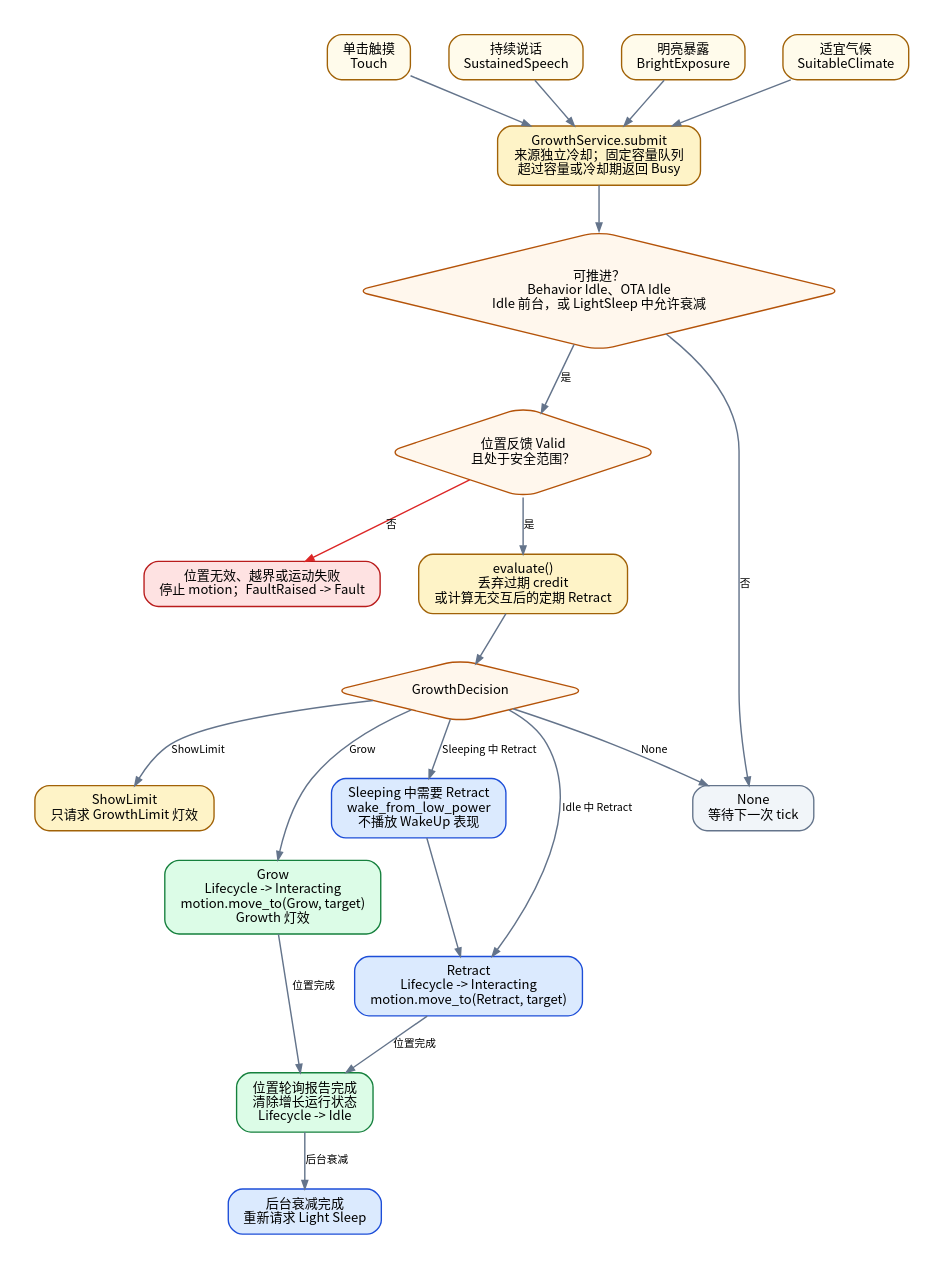
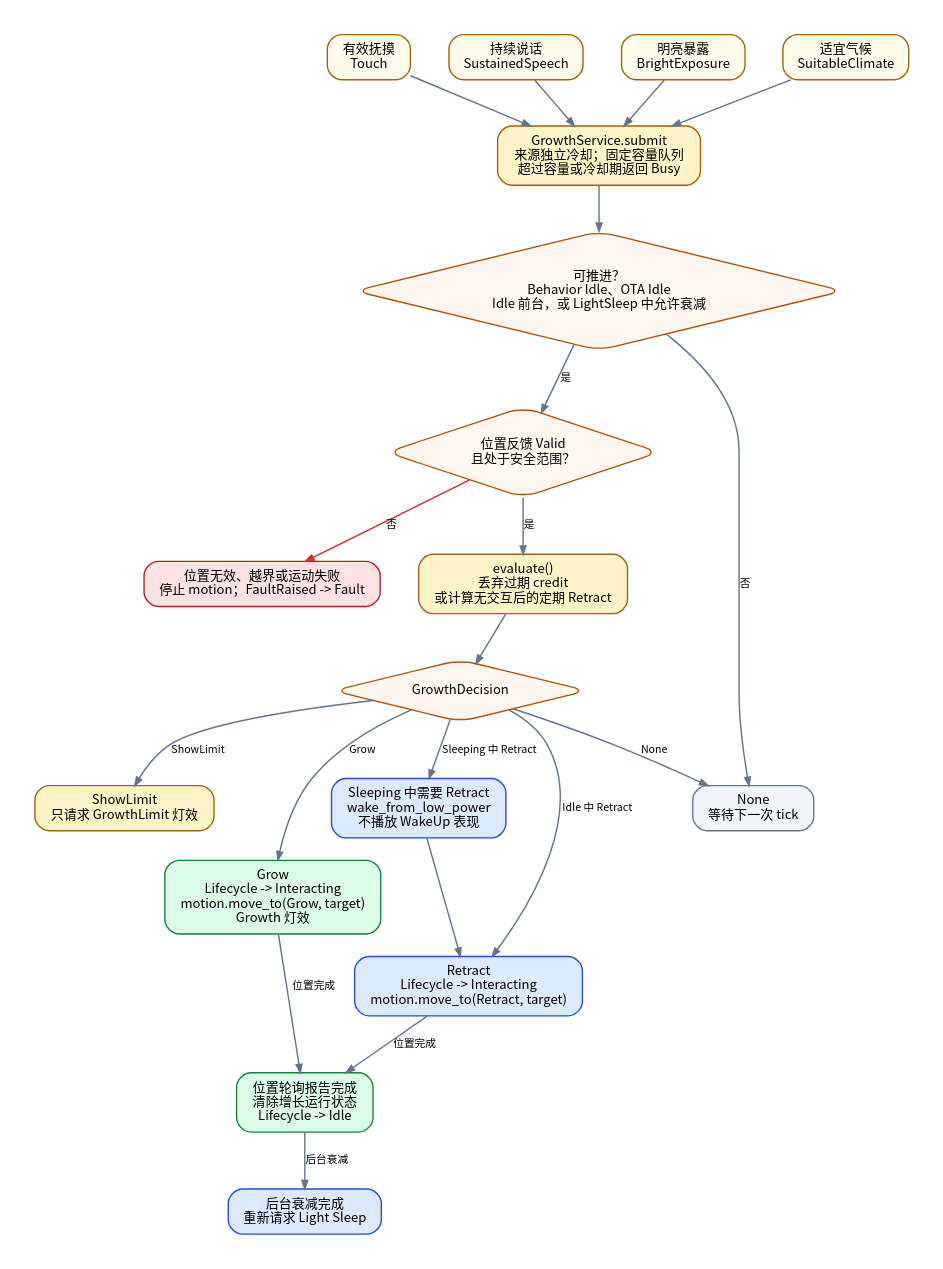
Before and after one commit to sunxun1017/plant_project: the diagram in 00_docs/architecture/plant_v2_growth_flow.dot, drawn with Graphviz. The commit also changed 37 other files, not shown here.

```diff
--- a/00_docs/architecture/plant_v2_growth_flow.dot
+++ b/00_docs/architecture/plant_v2_growth_flow.dot
@@ -1,50 +1,50 @@
 digraph PlantV2GrowthFlow {
     graph [rankdir=TB, bgcolor="white", pad=0.3, nodesep=0.45, ranksep=0.52, fontname="Noto Sans CJK SC"];
     node [shape=box, style="rounded,filled", color="#A16207", penwidth=1.15, margin="0.16,0.10", fontname="Noto Sans CJK SC", fontsize=11];
     edge [color="#64748B", penwidth=1.2, arrowsize=0.7, fontname="Noto Sans CJK SC", fontsize=9];
 
     subgraph cluster_sources {
         label="奖励来源";
         color="#FDE68A";
         style="rounded";
-        touch [label="单击触摸\nTouch", fillcolor="#FFFBEB"];
+        touch [label="有效抚摸\nTouch", fillcolor="#FFFBEB"];
         speech [label="持续说话\nSustainedSpeech", fillcolor="#FFFBEB"];
         sunlight [label="明亮暴露\nBrightExposure", fillcolor="#FFFBEB"];
         climate [label="适宜气候\nSuitableClimate", fillcolor="#FFFBEB"];
     }
 
     submit [label="GrowthService.submit\n来源独立冷却；固定容量队列\n超过容量或冷却期返回 Busy", fillcolor="#FEF3C7"];
     availability [shape=diamond, label="可推进？\nBehavior Idle、OTA Idle\nIdle 前台，或 LightSleep 中允许衰减", fillcolor="#FFF7ED", color="#B45309"];
     position [shape=diamond, label="位置反馈 Valid\n且处于安全范围？", fillcolor="#FFF7ED", color="#B45309"];
     evaluate [label="evaluate()\n丢弃过期 credit\n或计算无交互后的定期 Retract", fillcolor="#FEF3C7"];
     decision [shape=diamond, label="GrowthDecision", fillcolor="#FFF7ED", color="#B45309"];
     noAction [label="None\n等待下一次 tick", fillcolor="#F1F5F9", color="#64748B"];
     limit [label="ShowLimit\n只请求 GrowthLimit 灯效", fillcolor="#FEF3C7"];
     grow [label="Grow\nLifecycle -> Interacting\nmotion.move_to(Grow, target)\nGrowth 灯效", fillcolor="#DCFCE7", color="#15803D"];
     wake [label="Sleeping 中需要 Retract\nwake_from_low_power\n不播放 WakeUp 表现", fillcolor="#DBEAFE", color="#1D4ED8"];
     retract [label="Retract\nLifecycle -> Interacting\nmotion.move_to(Retract, target)", fillcolor="#DBEAFE", color="#1D4ED8"];
     done [label="位置轮询报告完成\n清除增长运行状态\nLifecycle -> Idle", fillcolor="#DCFCE7", color="#15803D"];
     resleep [label="后台衰减完成\n重新请求 Light Sleep", fillcolor="#DBEAFE", color="#1D4ED8"];
     fault [label="位置无效、越界或运动失败\n停止 motion；FaultRaised -> Fault", fillcolor="#FEE2E2", color="#B91C1C"];
 
     {rank=same; touch; speech; sunlight; climate;}
     touch -> submit;
     speech -> submit;
     sunlight -> submit;
     climate -> submit;
     submit -> availability;
     availability -> noAction [label="否"];
     availability -> position [label="是"];
     position -> fault [label="否", color="#DC2626"];
     position -> evaluate [label="是"];
     evaluate -> decision;
     decision -> noAction [label="None"];
     decision -> limit [label="ShowLimit"];
     decision -> grow [label="Grow"];
     decision -> retract [label="Idle 中 Retract"];
     decision -> wake [label="Sleeping 中 Retract"];
     wake -> retract;
     grow -> done [label="位置完成"];
     retract -> done [label="位置完成"];
     done -> resleep [label="后台衰减"];
 }
```
